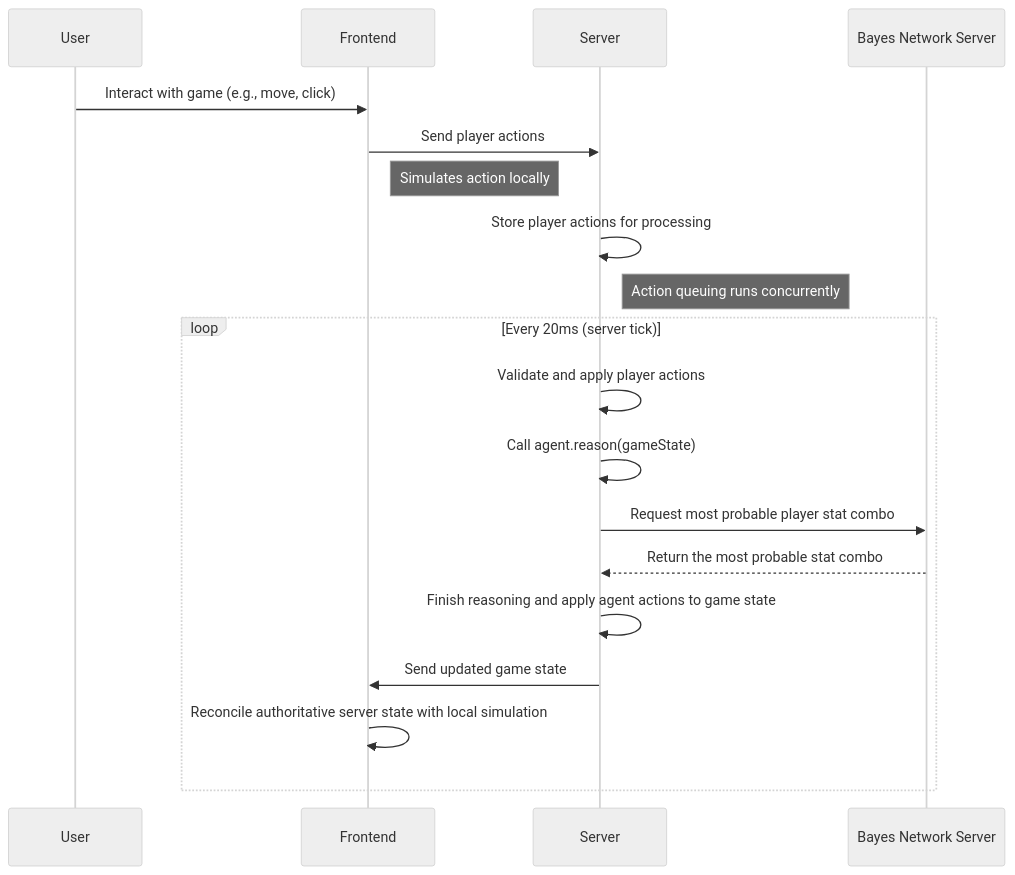
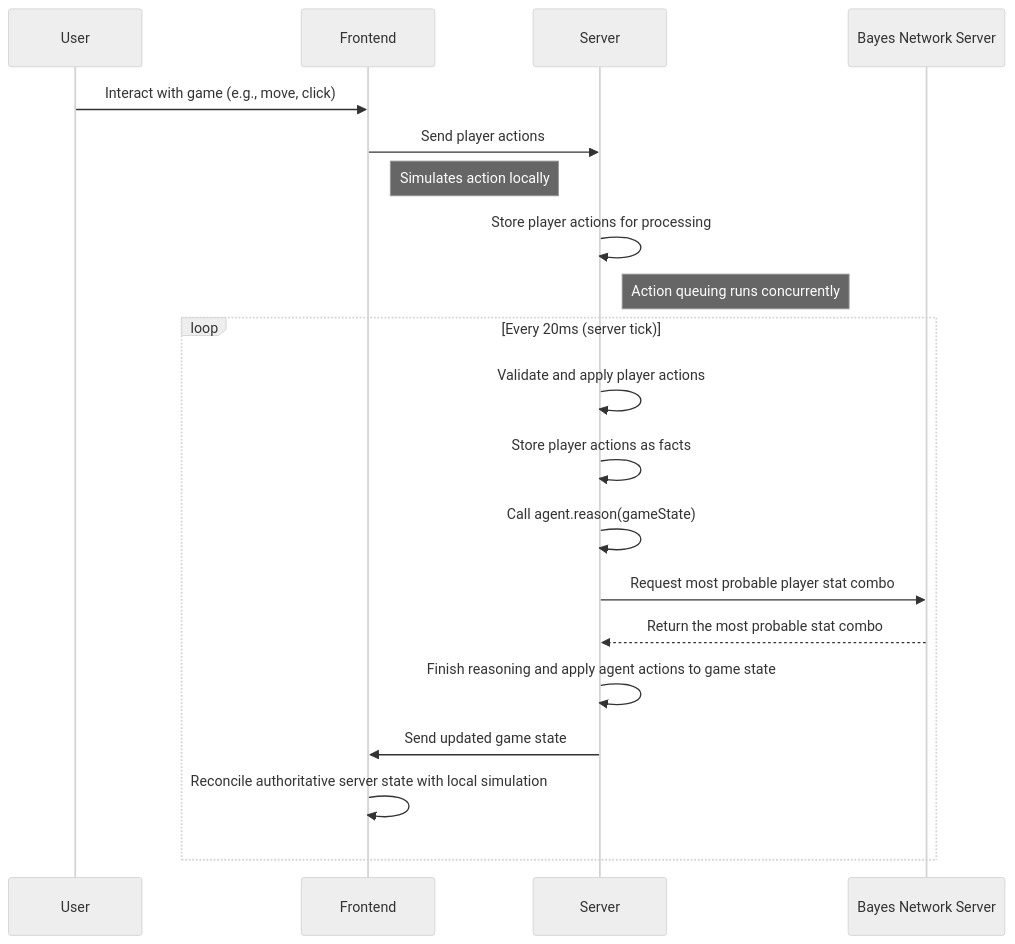
Before and after one commit to rchDev/game-of-points: the second of 2 diagrams in docs/deep-lore.md, drawn with Mermaid (neutral theme). The commit also changed other lines of this file, not shown here.

````diff
--- a/docs/deep-lore.md
+++ b/docs/deep-lore.md
@@ -58,25 +63,26 @@
 ```mermaid
 sequenceDiagram
     participant User
     participant Frontend
     participant Server
     participant BayesNet as Bayes Network Server
     
     %% === Continuous Action Flow ===
     User ->> Frontend: Interact with game (e.g., move, click)
     Frontend ->> Server: Send player actions
     note right of Frontend: Simulates action locally
     Server ->> Server: Store player actions for processing
     note right of Server: Action queuing runs concurrently
     
     %% === Periodic Server Tick Loop ===
     loop Every 20ms (server tick)
         Server ->> Server: Validate and apply player actions
+        Server ->> Server: Store player actions as facts
         Server ->> Server: Call agent.reason(gameState)
         Server ->> BayesNet: Request most probable player stat combo
         BayesNet -->> Server: Return the most probable stat combo
         Server ->> Server: Finish reasoning and apply agent actions to game state
         Server ->> Frontend: Send updated game state
         Frontend ->> Frontend: Reconcile authoritative server state with local simulation
     end
 ```
````
